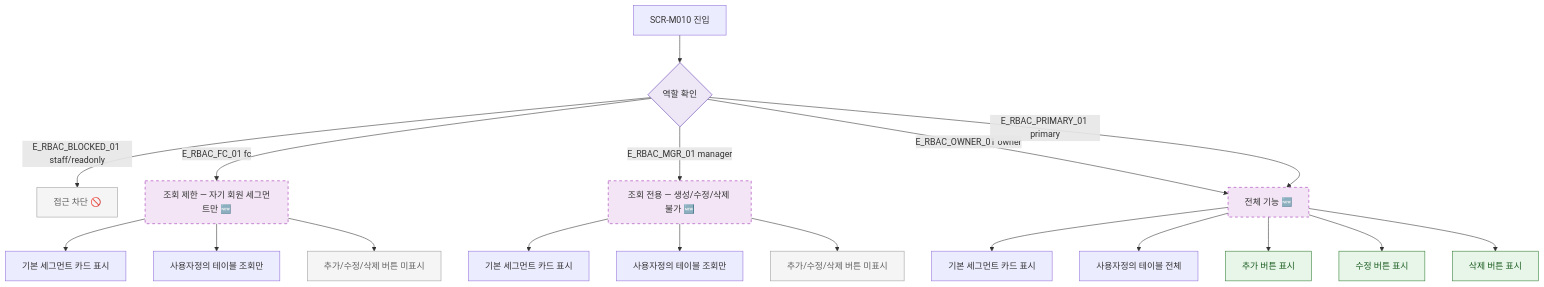
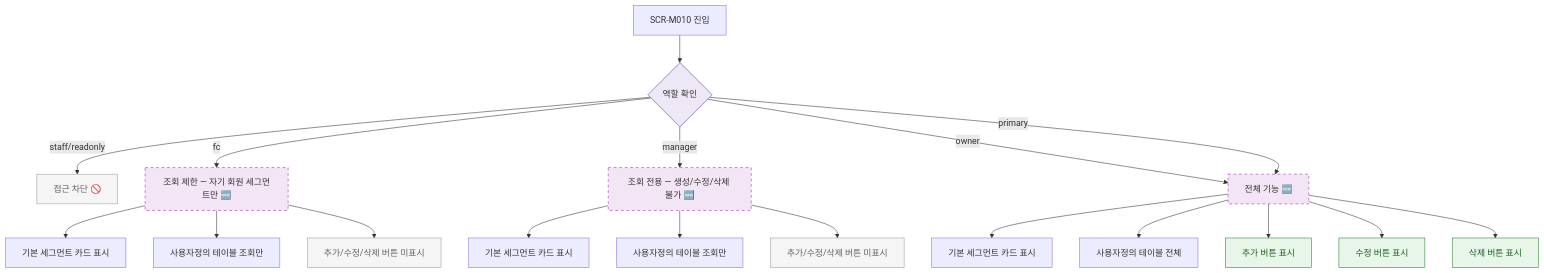
The diagram in docs/다이어그램/D02_회원관리/SCR-M010_세그먼트관리/F7_권한분기.md (dev-spogym/admin-pando), drawn with Mermaid before and after one commit. The commit also changed other lines of this file and 1660 other files, not shown here.

First line of the commit message:
다이어그램: 기획자/클라이언트 납품본으로 정리

````diff
--- a/docs/다이어그램/D02_회원관리/SCR-M010_세그먼트관리/F7_권한분기.md
+++ b/docs/다이어그램/D02_회원관리/SCR-M010_세그먼트관리/F7_권한분기.md
@@ -23,37 +21,37 @@
 ```mermaid
 flowchart TD
   ENTER[SCR-M010 진입]
   RBAC{역할 확인}
 
   ENTER --> RBAC
 
-  RBAC -->|E_RBAC_BLOCKED_01 staff/readonly| BLOCKED[접근 차단 🚫]
-  RBAC -->|E_RBAC_FC_01 fc| VIEW_FC[조회 제한 — 자기 회원 세그먼트만 🆕]
-  RBAC -->|E_RBAC_MGR_01 manager| VIEW_MGR[조회 전용 — 생성/수정/삭제 불가 🆕]
-  RBAC -->|E_RBAC_OWNER_01 owner| FULL[전체 기능 🆕]
-  RBAC -->|E_RBAC_PRIMARY_01 primary| FULL
+  RBAC -->|staff/readonly|BLOCKED[접근 차단 🚫]
+  RBAC -->|fc|VIEW_FC[조회 제한 — 자기 회원 세그먼트만 🆕]
+  RBAC -->|manager|VIEW_MGR[조회 전용 — 생성/수정/삭제 불가 🆕]
+  RBAC -->|owner|FULL[전체 기능 🆕]
+  RBAC -->|primary|FULL
 
-  VIEW_FC  --> SYS_CARD_FC[기본 세그먼트 카드 표시]
-  VIEW_FC  --> USR_TABLE_FC[사용자정의 테이블 조회만]
-  VIEW_FC  --> BTN_HIDDEN_FC[추가/수정/삭제 버튼 미표시]
+  VIEW_FC --> SYS_CARD_FC[기본 세그먼트 카드 표시]
+  VIEW_FC --> USR_TABLE_FC[사용자정의 테이블 조회만]
+  VIEW_FC --> BTN_HIDDEN_FC[추가/수정/삭제 버튼 미표시]
 
   VIEW_MGR --> SYS_CARD_MGR[기본 세그먼트 카드 표시]
   VIEW_MGR --> USR_TABLE_MGR[사용자정의 테이블 조회만]
   VIEW_MGR --> BTN_HIDDEN_MGR[추가/수정/삭제 버튼 미표시]
 
   FULL --> SYS_CARD_FULL[기본 세그먼트 카드 표시]
   FULL --> USR_TABLE_FULL[사용자정의 테이블 전체]
   FULL --> BTN_ADD_FULL[추가 버튼 표시]
   FULL --> BTN_EDIT_FULL[수정 버튼 표시]
   FULL --> BTN_DEL_FULL[삭제 버튼 표시]
 
-  classDef newFeature  fill:#F3E5F5,stroke:#9C27B0,stroke-dasharray:5 5
+  classDef newFeature fill:#F3E5F5,stroke:#9C27B0,stroke-dasharray:5 5
   classDef rbacBlocked fill:#F5F5F5,stroke:#9E9E9E,color:#616161
-  classDef success     fill:#E8F5E9,stroke:#2E7D32,color:#1B5E20
-  classDef system      fill:#EDE7F6,stroke:#5E35B2
+  classDef success fill:#E8F5E9,stroke:#2E7D32,color:#1B5E20
+  classDef system fill:#EDE7F6,stroke:#5E35B2
 
   class VIEW_FC,VIEW_MGR,FULL newFeature
   class BLOCKED,BTN_HIDDEN_FC,BTN_HIDDEN_MGR rbacBlocked
   class BTN_ADD_FULL,BTN_EDIT_FULL,BTN_DEL_FULL success
   class RBAC system
 ```
````
